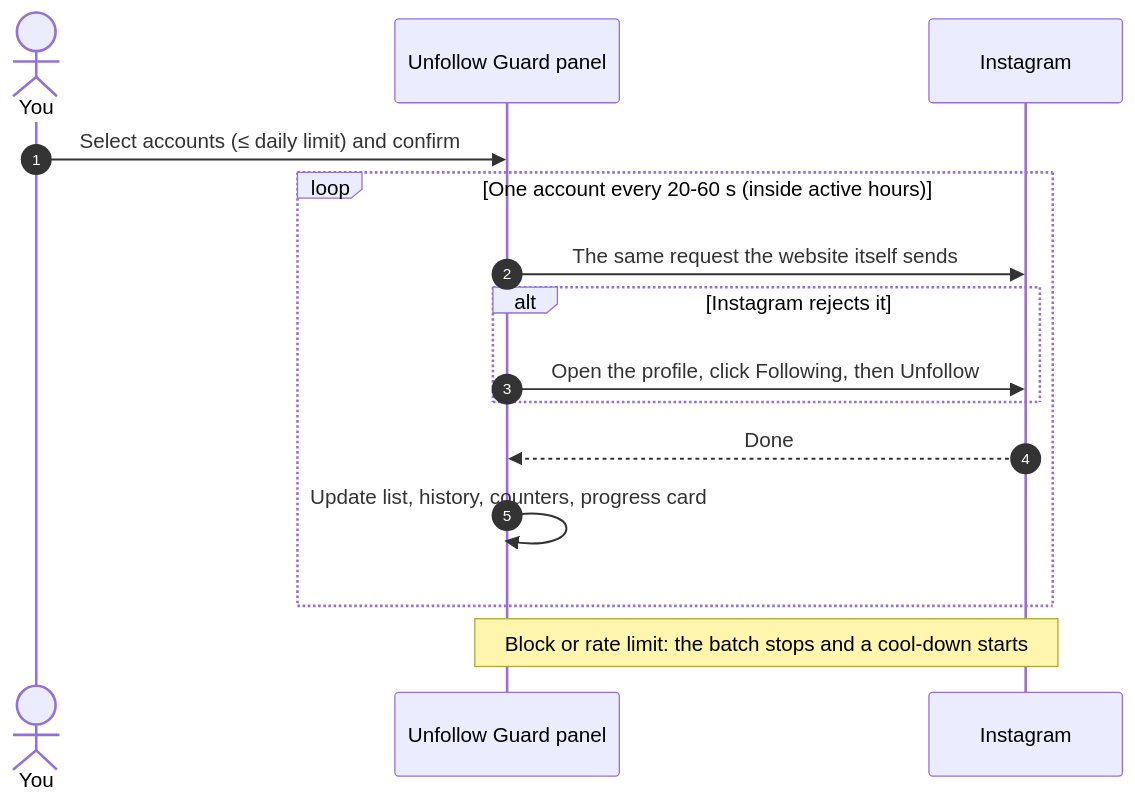
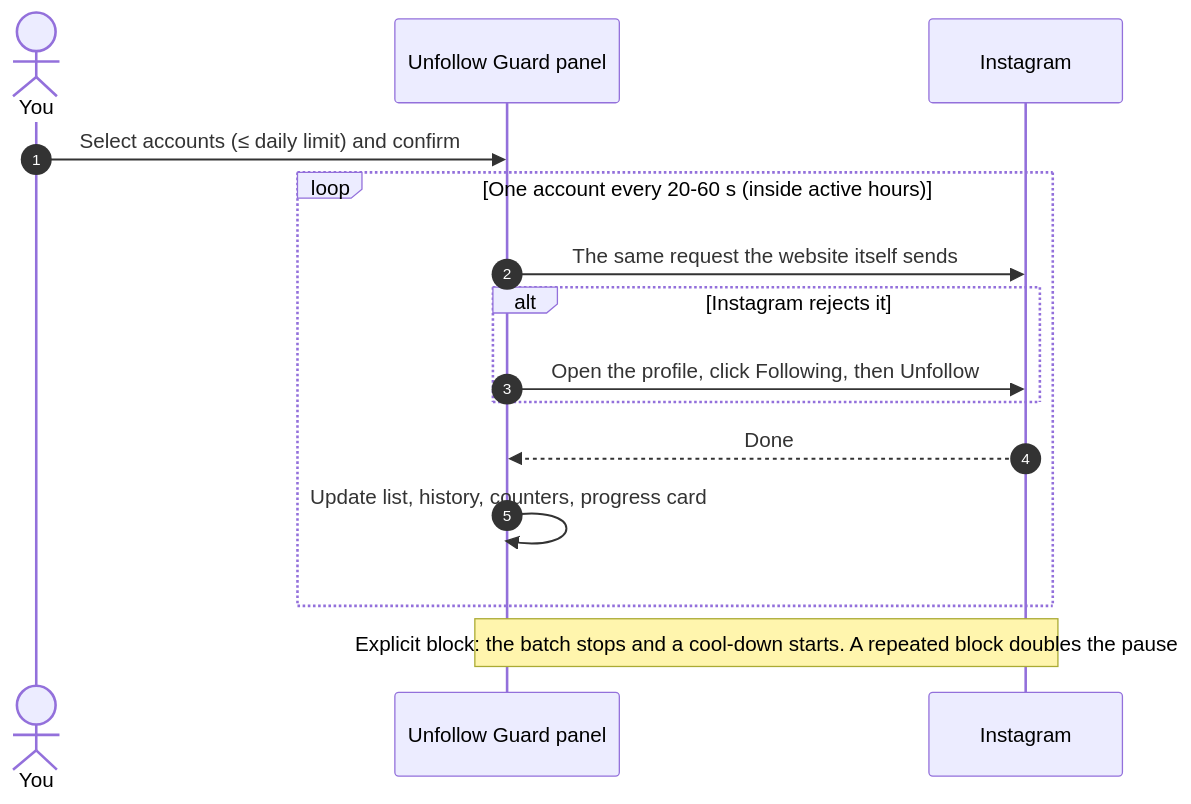
One commit to ByteNinjas/unfollow-guard-extension changed the second of 2 diagrams in README.md. Above: the diagram before and after it, drawn with Mermaid. The commit also changed other lines of this file and 7 other files, not shown here.

````diff
--- a/README.md
+++ b/README.md
@@ -197,17 +197,17 @@
 ```mermaid
 sequenceDiagram
     autonumber
     actor You
     participant Panel as Unfollow Guard panel
     participant IG as Instagram
     You->>Panel: Select accounts (≤ daily limit) and confirm
     loop One account every 20-60 s (inside active hours)
         Panel->>IG: The same request the website itself sends
         alt Instagram rejects it
             Panel->>IG: Open the profile, click Following, then Unfollow
         end
         IG-->>Panel: Done
         Panel->>Panel: Update list, history, counters, progress card
     end
-    Note over Panel,IG: Block or rate limit: the batch stops and a cool-down starts
+    Note over Panel,IG: Explicit block: the batch stops and a cool-down starts. A repeated block doubles the pause
 ```
````
